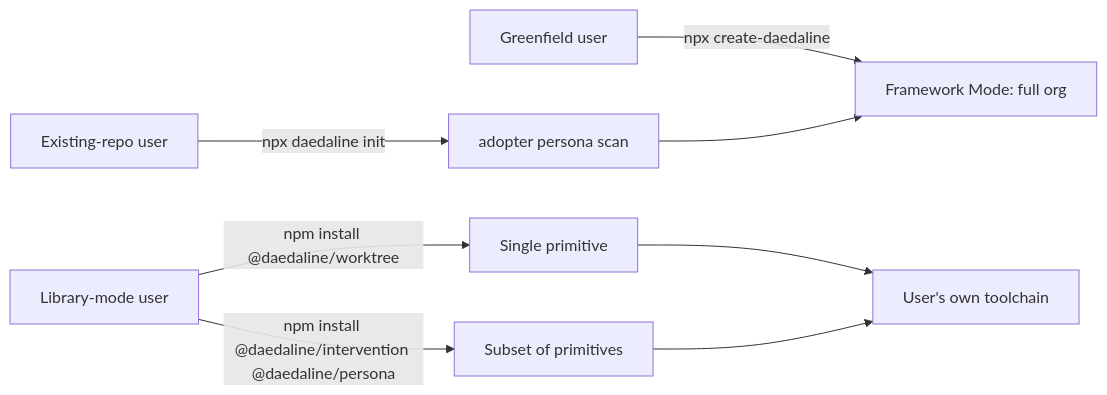
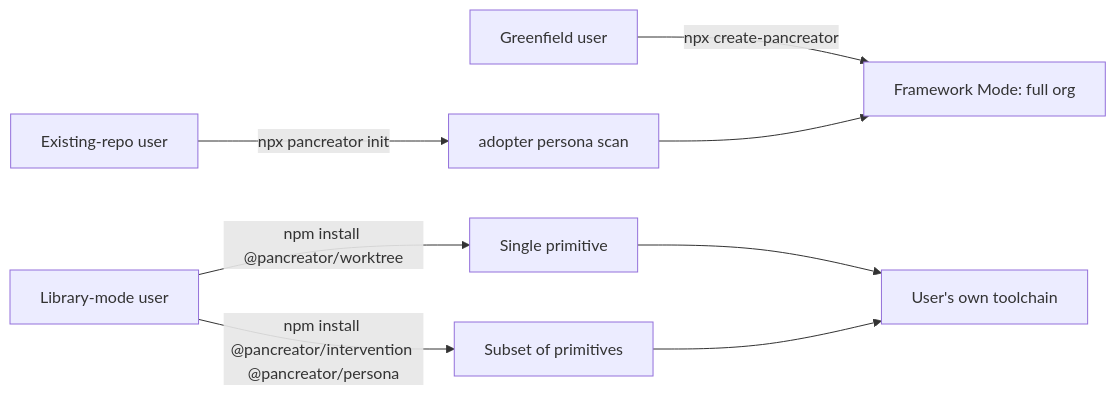
The second of 2 diagrams in docs/PRD.md (alenlukic/pancreator), drawn with Mermaid before and after one commit. The commit also changed other lines of this file and 1154 other files, not shown here.

````diff
--- a/docs/PRD.md
+++ b/docs/PRD.md
@@ -441,10 +441,10 @@
 ```mermaid
 flowchart LR
-    Greenfield[Greenfield user] -->|"npx create-daedaline"| Framework["Framework Mode: full org"]
-    Existing[Existing-repo user] -->|"npx daedaline init"| Adopter[adopter persona scan]
+    Greenfield[Greenfield user] -->|"npx create-pancreator"| Framework["Framework Mode: full org"]
+    Existing[Existing-repo user] -->|"npx pancreator init"| Adopter[adopter persona scan]
     Adopter --> Framework
-    Library[Library-mode user] -->|"npm install @daedaline/worktree"| Primitive[Single primitive]
-    Library -->|"npm install @daedaline/intervention @daedaline/persona"| Subset[Subset of primitives]
+    Library[Library-mode user] -->|"npm install @pancreator/worktree"| Primitive[Single primitive]
+    Library -->|"npm install @pancreator/intervention @pancreator/persona"| Subset[Subset of primitives]
     Primitive --> UserCode[User's own toolchain]
     Subset --> UserCode
 ```
````
